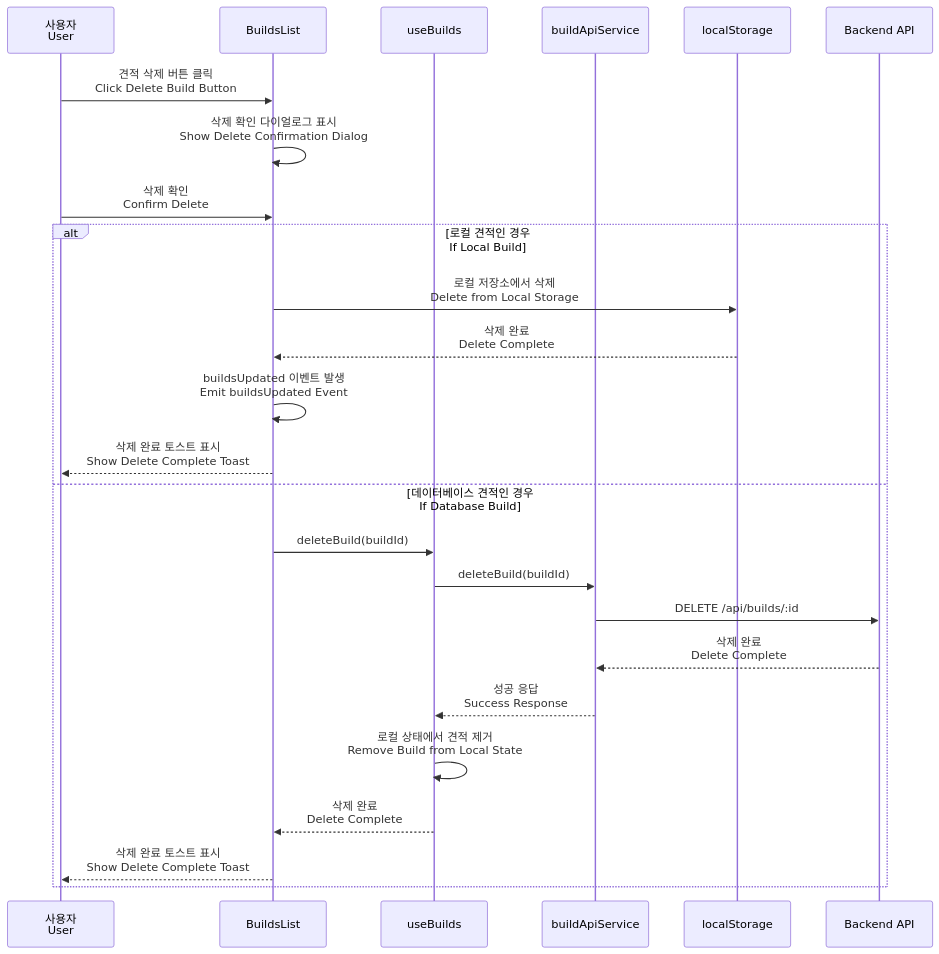
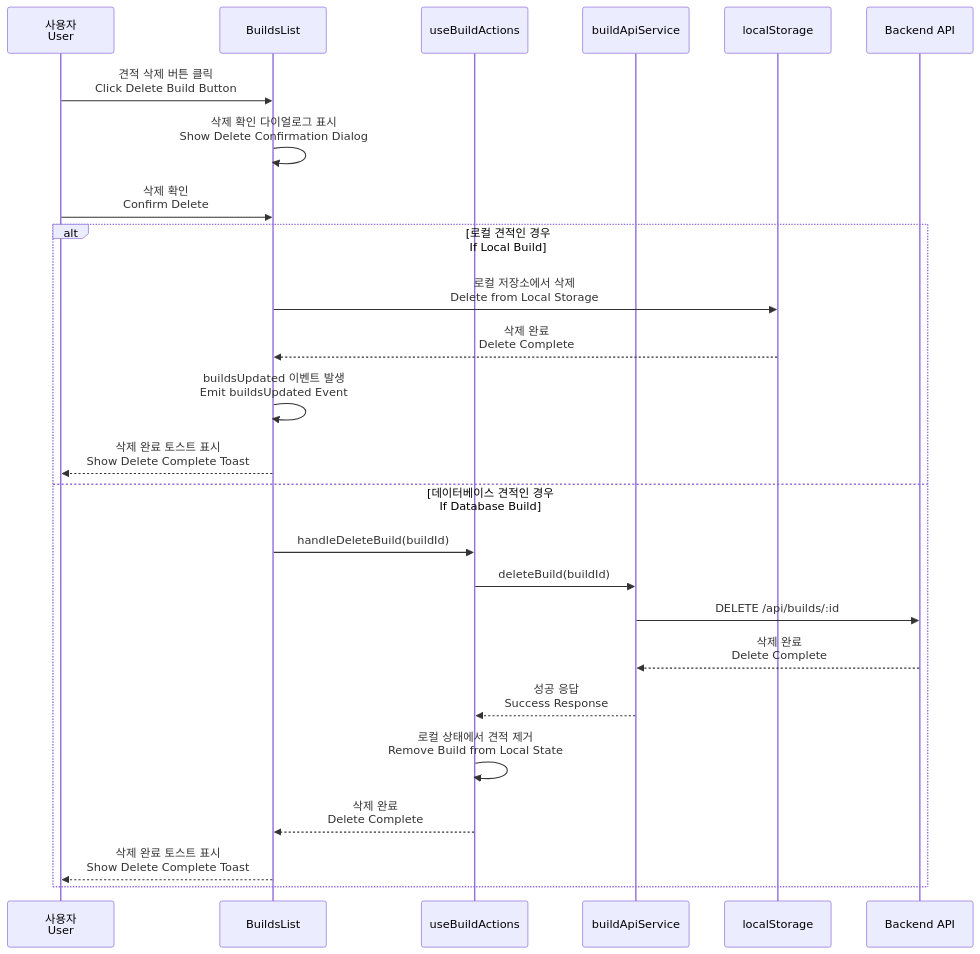
Diagram 12 of 20 in docs/design-specification.md (p0pular131/askspec-chat-assistant), drawn with Mermaid before and after one commit. The commit also changed other lines of this file, not shown here.

First line of the commit message:
Add sequence diagram for message flow

````diff
--- a/docs/design-specification.md
+++ b/docs/design-specification.md
@@ -572,29 +660,29 @@
 ```mermaid
 sequenceDiagram
     participant User as 사용자<br/>User
     participant BuildsList as BuildsList
-    participant BuildHook as useBuilds
+    participant BuildActions as useBuildActions
     participant BuildAPI as buildApiService
     participant LocalStorage as localStorage
     participant Backend as Backend API
 
     User->>BuildsList: 견적 삭제 버튼 클릭<br/>Click Delete Build Button
     BuildsList->>BuildsList: 삭제 확인 다이얼로그 표시<br/>Show Delete Confirmation Dialog
     User->>BuildsList: 삭제 확인<br/>Confirm Delete
     
     alt 로컬 견적인 경우<br/>If Local Build
         BuildsList->>LocalStorage: 로컬 저장소에서 삭제<br/>Delete from Local Storage
         LocalStorage-->>BuildsList: 삭제 완료<br/>Delete Complete
         BuildsList->>BuildsList: buildsUpdated 이벤트 발생<br/>Emit buildsUpdated Event
         BuildsList-->>User: 삭제 완료 토스트 표시<br/>Show Delete Complete Toast
     else 데이터베이스 견적인 경우<br/>If Database Build
-        BuildsList->>BuildHook: deleteBuild(buildId)
-        BuildHook->>BuildAPI: deleteBuild(buildId)
+        BuildsList->>BuildActions: handleDeleteBuild(buildId)
+        BuildActions->>BuildAPI: deleteBuild(buildId)
         BuildAPI->>Backend: DELETE /api/builds/:id
         Backend-->>BuildAPI: 삭제 완료<br/>Delete Complete
-        BuildAPI-->>BuildHook: 성공 응답<br/>Success Response
-        BuildHook->>BuildHook: 로컬 상태에서 견적 제거<br/>Remove Build from Local State
-        BuildHook-->>BuildsList: 삭제 완료<br/>Delete Complete
+        BuildAPI-->>BuildActions: 성공 응답<br/>Success Response
+        BuildActions->>BuildActions: 로컬 상태에서 견적 제거<br/>Remove Build from Local State
+        BuildActions-->>BuildsList: 삭제 완료<br/>Delete Complete
         BuildsList-->>User: 삭제 완료 토스트 표시<br/>Show Delete Complete Toast
     end
 ```
````
